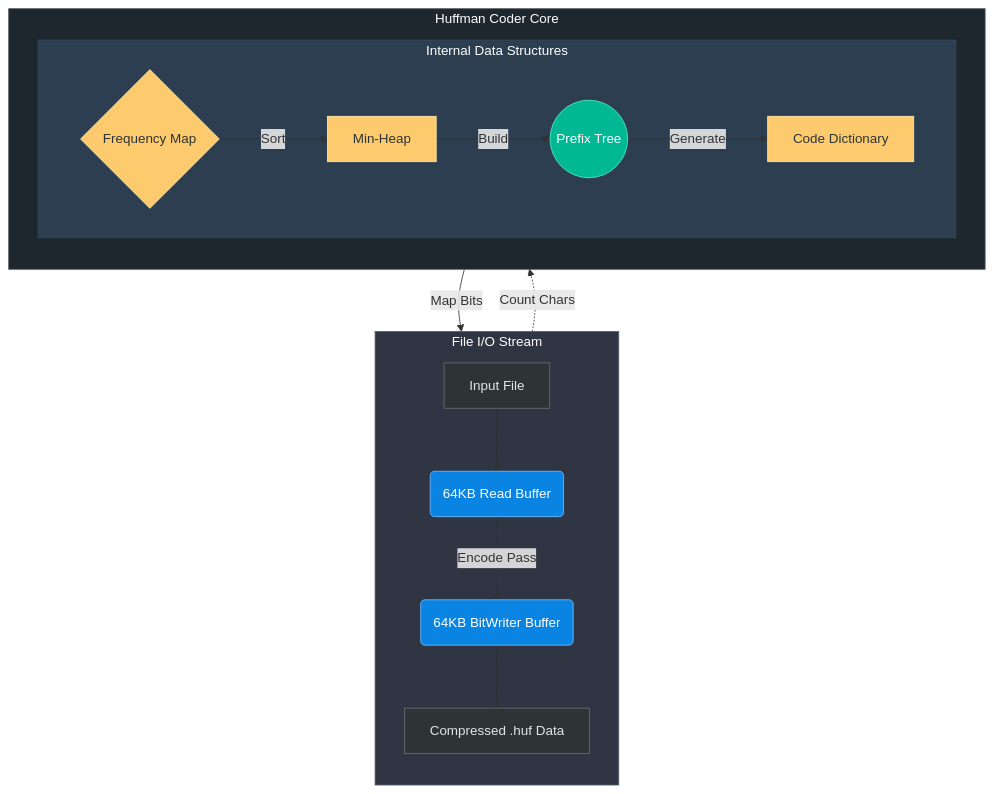
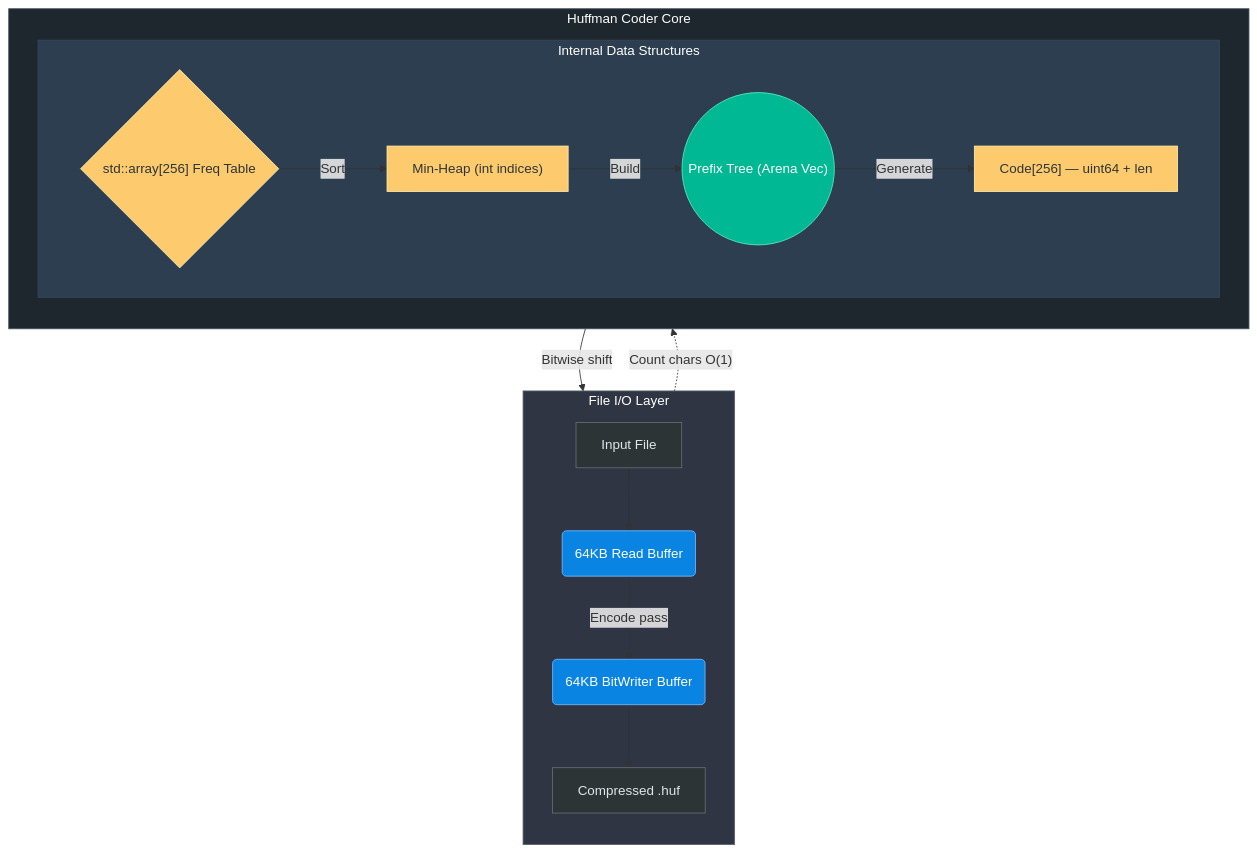
The first of 2 diagrams in README.md (Komal-ai417/HuffmanProject), drawn with Mermaid before and after one commit. The commit also changed other lines of this file, not shown here.

````diff
--- a/README.md
+++ b/README.md
@@ -31,41 +68,40 @@
 ```mermaid
 flowchart TD
-    classDef file fill:#2d3436,stroke:#636e72,color:#dfe6e9
+    classDef file   fill:#2d3436,stroke:#636e72,color:#dfe6e9
     classDef buffer fill:#0984e3,stroke:#74b9ff,color:#fff
     classDef struct fill:#fdcb6e,stroke:#ffeaa7,color:#2d3436
-    classDef tree fill:#00b894,stroke:#55efc4,color:#fff
-    classDef bit fill:#d63031,stroke:#ff7675,color:#fff
+    classDef tree   fill:#00b894,stroke:#55efc4,color:#fff
 
-    subgraph IOStream ["File I/O Stream"]
+    subgraph IOStream ["File I/O Layer"]
         direction TB
         A[Input File]:::file
-        H[Compressed .huf Data]:::file
-        B(64KB Read Buffer):::buffer
-        G(64KB BitWriter Buffer):::buffer
+        H["Compressed .huf"]:::file
+        B("64KB Read Buffer"):::buffer
+        G("64KB BitWriter Buffer"):::buffer
         A --> B
         G --> H
     end
 
     subgraph CoderCore ["Huffman Coder Core"]
         direction TB
-        C{Frequency Map}:::struct
-        B -.->|Count Chars| C
-        
+        C{"std::array[256] Freq Table"}:::struct
+        B -.->|"Count chars O(1)"| C
+
         subgraph DataStructures ["Internal Data Structures"]
             direction LR
-            D[Min-Heap]:::struct
+            D["Min-Heap (int indices)"]:::struct
             C -->|Sort| D
-            E((Prefix Tree)):::tree
+            E(("Prefix Tree (Arena Vec)")):::tree
             D -->|Build| E
-            F[Code Dictionary]:::struct
+            F["Code[256] — uint64 + len"]:::struct
             E -->|Generate| F
         end
-        
-        F -->|Map Bits| G
-        B -.->|Encode Pass| G
+
+        F -->|Bitwise shift| G
+        B -.->|Encode pass| G
     end
 
     style IOStream fill:#2f3542,stroke:#57606f,color:#fff
     style CoderCore fill:#1e272e,stroke:#485460,color:#fff
     style DataStructures fill:#2c3e50,stroke:#34495e,color:#fff
 ```
````
